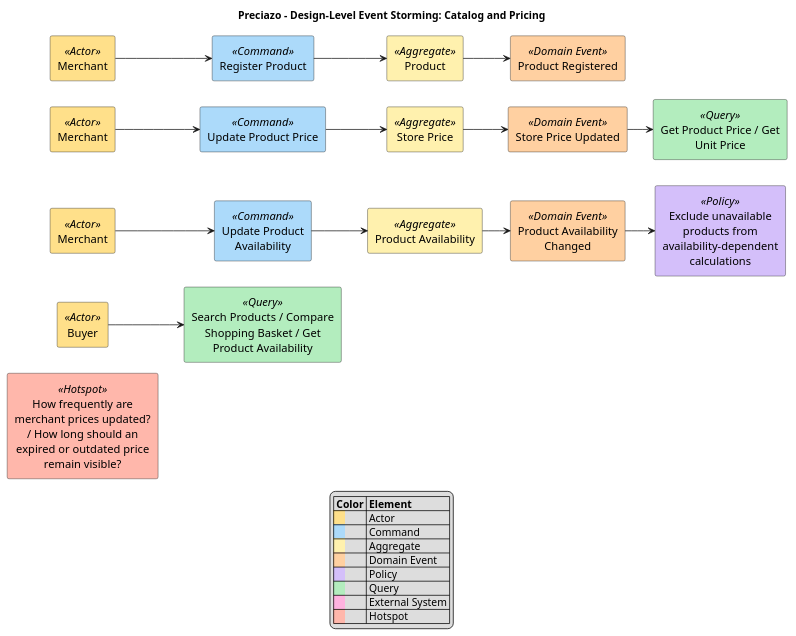
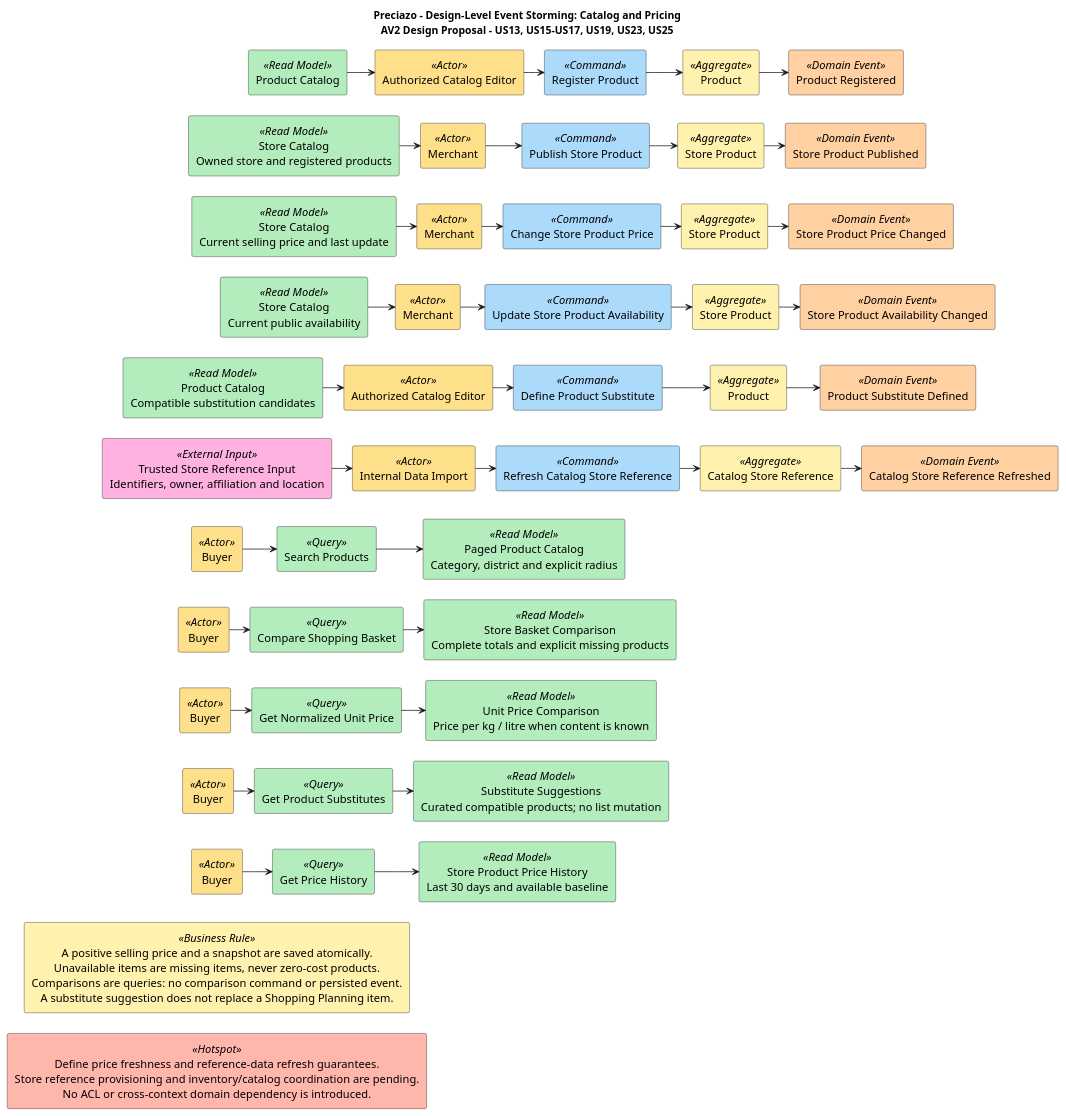
Before and after one commit to Open-Source-1ASI0729-2620-7750/preciazo-report: the diagram in docs/architecture/event-storming/catalog-pricing.puml, drawn with PlantUML. The commit also changed 15 other files, not shown here.

Commit message:
docs(catalog-pricing): refine AV2 design and clarify inventory ownership

```diff
--- a/docs/architecture/event-storming/catalog-pricing.puml
+++ b/docs/architecture/event-storming/catalog-pricing.puml
@@ -1,61 +1,146 @@
 @startuml Preciazo_Event_Storming_catalog_pricing
-left to right direction
-title Preciazo - Design-Level Event Storming: Catalog and Pricing
+top to bottom direction
+title
+Preciazo - Design-Level Event Storming: Catalog and Pricing
+AV2 Design Proposal - US13, US15-US17, US19, US23, US25
+end title
 skinparam shadowing false
 skinparam defaultFontSize 15
 skinparam defaultTextAlignment center
-skinparam nodesep 35
-skinparam ranksep 35
+skinparam nodesep 28
+skinparam ranksep 28
 skinparam rectanglePadding 12
 
-rectangle "Merchant" as n0_0 <<Actor>> #FFE08A
-rectangle "Register Product" as n0_1 <<Command>> #ACDAFA
-rectangle "Product" as n0_2 <<Aggregate>> #FFF1AE
-rectangle "Product Registered" as n0_3 <<Domain Event>> #FFD0A1
-n0_0 --> n0_1
-n0_1 --> n0_2
-n0_2 --> n0_3
+rectangle "Product Catalog" as read0 <<Read Model>> #B3EDBE
+rectangle "Authorized Catalog Editor" as actor0 <<Actor>> #FFE08A
+rectangle "Register Product" as command0 <<Command>> #ACDAFA
+rectangle "Product" as aggregate0 <<Aggregate>> #FFF1AE
+rectangle "Product Registered" as event0 <<Domain Event>> #FFD0A1
+read0 -right-> actor0
+actor0 -right-> command0
+command0 -right-> aggregate0
+aggregate0 -right-> event0
 
-rectangle "Merchant" as n1_0 <<Actor>> #FFE08A
-rectangle "Update Product Price" as n1_1 <<Command>> #ACDAFA
-rectangle "Store Price" as n1_2 <<Aggregate>> #FFF1AE
-rectangle "Store Price Updated" as n1_3 <<Domain Event>> #FFD0A1
-rectangle "Get Product Price / Get\nUnit Price" as n1_4 <<Query>> #B3EDBE
-n1_0 --> n1_1
-n1_1 --> n1_2
-n1_2 --> n1_3
-n1_3 --> n1_4
+rectangle "Store Catalog\nOwned store and registered products" as read1 <<Read Model>> #B3EDBE
+rectangle "Merchant" as actor1 <<Actor>> #FFE08A
+rectangle "Publish Store Product" as command1 <<Command>> #ACDAFA
+rectangle "Store Product" as aggregate1 <<Aggregate>> #FFF1AE
+rectangle "Store Product Published" as event1 <<Domain Event>> #FFD0A1
+read1 -right-> actor1
+actor1 -right-> command1
+command1 -right-> aggregate1
+aggregate1 -right-> event1
 
-rectangle "Merchant" as n2_0 <<Actor>> #FFE08A
-rectangle "Update Product\nAvailability" as n2_1 <<Command>> #ACDAFA
-rectangle "Product Availability" as n2_2 <<Aggregate>> #FFF1AE
-rectangle "Product Availability\nChanged" as n2_3 <<Domain Event>> #FFD0A1
-rectangle "Exclude unavailable\nproducts from\navailability-dependent\ncalculations" as n2_4 <<Policy>> #D4BFFA
-n2_0 --> n2_1
-n2_1 --> n2_2
-n2_2 --> n2_3
-n2_3 --> n2_4
+rectangle "Store Catalog\nCurrent selling price and last update" as read2 <<Read Model>> #B3EDBE
+rectangle "Merchant" as actor2 <<Actor>> #FFE08A
+rectangle "Change Store Product Price" as command2 <<Command>> #ACDAFA
+rectangle "Store Product" as aggregate2 <<Aggregate>> #FFF1AE
+rectangle "Store Product Price Changed" as event2 <<Domain Event>> #FFD0A1
+read2 -right-> actor2
+actor2 -right-> command2
+command2 -right-> aggregate2
+aggregate2 -right-> event2
 
-rectangle "Buyer" as n3_0 <<Actor>> #FFE08A
-rectangle "Search Products / Compare\nShopping Basket / Get\nProduct Availability" as n3_1 <<Query>> #B3EDBE
-n3_0 --> n3_1
+rectangle "Store Catalog\nCurrent public availability" as read3 <<Read Model>> #B3EDBE
+rectangle "Merchant" as actor3 <<Actor>> #FFE08A
+rectangle "Update Store Product Availability" as command3 <<Command>> #ACDAFA
+rectangle "Store Product" as aggregate3 <<Aggregate>> #FFF1AE
+rectangle "Store Product Availability Changed" as event3 <<Domain Event>> #FFD0A1
+read3 -right-> actor3
+actor3 -right-> command3
+command3 -right-> aggregate3
+aggregate3 -right-> event3
 
-rectangle "How frequently are\nmerchant prices updated?\n/ How long should an\nexpired or outdated price\nremain visible?" as n4_0 <<Hotspot>> #FFB7AB
+rectangle "Product Catalog\nCompatible substitution candidates" as read4 <<Read Model>> #B3EDBE
+rectangle "Authorized Catalog Editor" as actor4 <<Actor>> #FFE08A
+rectangle "Define Product Substitute" as command4 <<Command>> #ACDAFA
+rectangle "Product" as aggregate4 <<Aggregate>> #FFF1AE
+rectangle "Product Substitute Defined" as event4 <<Domain Event>> #FFD0A1
+read4 -right-> actor4
+actor4 -right-> command4
+command4 -right-> aggregate4
+aggregate4 -right-> event4
 
-n0_0 -[hidden,norank]down-> n1_0
-n1_0 -[hidden,norank]down-> n2_0
-n2_0 -[hidden,norank]down-> n3_0
-n3_0 -[hidden,norank]down-> n4_0
+rectangle "Trusted Store Reference Input\nIdentifiers, owner, affiliation and location" as read5 <<External Input>> #FFB2DF
+rectangle "Internal Data Import" as actor5 <<Actor>> #FFE08A
+rectangle "Refresh Catalog Store Reference" as command5 <<Command>> #ACDAFA
+rectangle "Catalog Store Reference" as aggregate5 <<Aggregate>> #FFF1AE
+rectangle "Catalog Store Reference Refreshed" as event5 <<Domain Event>> #FFD0A1
+read5 -right-> actor5
+actor5 -right-> command5
+command5 -right-> aggregate5
+aggregate5 -right-> event5
+read0 -[hidden]down-> read1
+actor0 -[hidden]down-> actor1
+command0 -[hidden]down-> command1
+aggregate0 -[hidden]down-> aggregate1
+event0 -[hidden]down-> event1
+read1 -[hidden]down-> read2
+actor1 -[hidden]down-> actor2
+command1 -[hidden]down-> command2
+aggregate1 -[hidden]down-> aggregate2
+event1 -[hidden]down-> event2
+read2 -[hidden]down-> read3
+actor2 -[hidden]down-> actor3
+command2 -[hidden]down-> command3
+aggregate2 -[hidden]down-> aggregate3
+event2 -[hidden]down-> event3
+read3 -[hidden]down-> read4
+actor3 -[hidden]down-> actor4
+command3 -[hidden]down-> command4
+aggregate3 -[hidden]down-> aggregate4
+event3 -[hidden]down-> event4
+read4 -[hidden]down-> read5
+actor4 -[hidden]down-> actor5
+command4 -[hidden]down-> command5
+aggregate4 -[hidden]down-> aggregate5
+event4 -[hidden]down-> event5
 
-legend bottom
-|= Color |= Element |
-|<back:#FFE08A>    </back>| Actor |
-|<back:#ACDAFA>    </back>| Command |
-|<back:#FFF1AE>    </back>| Aggregate |
-|<back:#FFD0A1>    </back>| Domain Event |
-|<back:#D4BFFA>    </back>| Policy |
-|<back:#B3EDBE>    </back>| Query |
-|<back:#FFB2DF>    </back>| External System |
-|<back:#FFB7AB>    </back>| Hotspot |
-endlegend
+rectangle "Buyer" as buyerQuery0 <<Actor>> #FFE08A
+rectangle "Search Products" as query0 <<Query>> #B3EDBE
+rectangle "Paged Product Catalog\nCategory, district and explicit radius" as result0 <<Read Model>> #B3EDBE
+buyerQuery0 -right-> query0
+query0 -right-> result0
+read5 -[hidden]down-> buyerQuery0
+
+rectangle "Buyer" as buyerQuery1 <<Actor>> #FFE08A
+rectangle "Compare Shopping Basket" as query1 <<Query>> #B3EDBE
+rectangle "Store Basket Comparison\nComplete totals and explicit missing products" as result1 <<Read Model>> #B3EDBE
+buyerQuery1 -right-> query1
+query1 -right-> result1
+buyerQuery0 -[hidden]down-> buyerQuery1
+query0 -[hidden]down-> query1
+result0 -[hidden]down-> result1
+
+rectangle "Buyer" as buyerQuery2 <<Actor>> #FFE08A
+rectangle "Get Normalized Unit Price" as query2 <<Query>> #B3EDBE
+rectangle "Unit Price Comparison\nPrice per kg / litre when content is known" as result2 <<Read Model>> #B3EDBE
+buyerQuery2 -right-> query2
+query2 -right-> result2
+buyerQuery1 -[hidden]down-> buyerQuery2
+query1 -[hidden]down-> query2
+result1 -[hidden]down-> result2
+
+rectangle "Buyer" as buyerQuery3 <<Actor>> #FFE08A
+rectangle "Get Product Substitutes" as query3 <<Query>> #B3EDBE
+rectangle "Substitute Suggestions\nCurated compatible products; no list mutation" as result3 <<Read Model>> #B3EDBE
+buyerQuery3 -right-> query3
+query3 -right-> result3
+buyerQuery2 -[hidden]down-> buyerQuery3
+query2 -[hidden]down-> query3
+result2 -[hidden]down-> result3
+
+rectangle "Buyer" as buyerQuery4 <<Actor>> #FFE08A
+rectangle "Get Price History" as query4 <<Query>> #B3EDBE
+rectangle "Store Product Price History\nLast 30 days and available baseline" as result4 <<Read Model>> #B3EDBE
+buyerQuery4 -right-> query4
+query4 -right-> result4
+buyerQuery3 -[hidden]down-> buyerQuery4
+query3 -[hidden]down-> query4
+result3 -[hidden]down-> result4
+
+rectangle "A positive selling price and a snapshot are saved atomically.\nUnavailable items are missing items, never zero-cost products.\nComparisons are queries: no comparison command or persisted event.\nA substitute suggestion does not replace a Shopping Planning item." as rules <<Business Rule>> #FFF1AE
+rectangle "Define price freshness and reference-data refresh guarantees.\nStore reference provisioning and inventory/catalog coordination are pending.\nNo ACL or cross-context domain dependency is introduced." as hotspot <<Hotspot>> #FFB7AB
+buyerQuery4 -[hidden]down-> rules
+rules -[hidden]down-> hotspot
 @enduml
```
